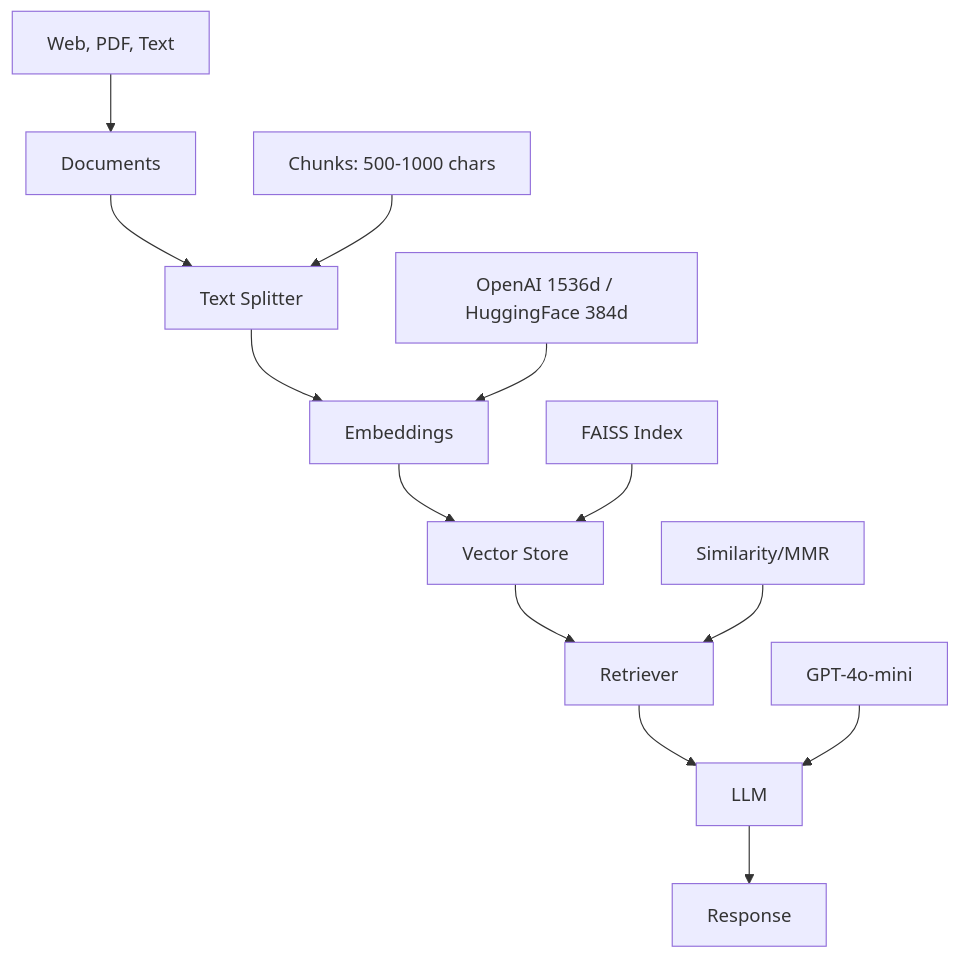
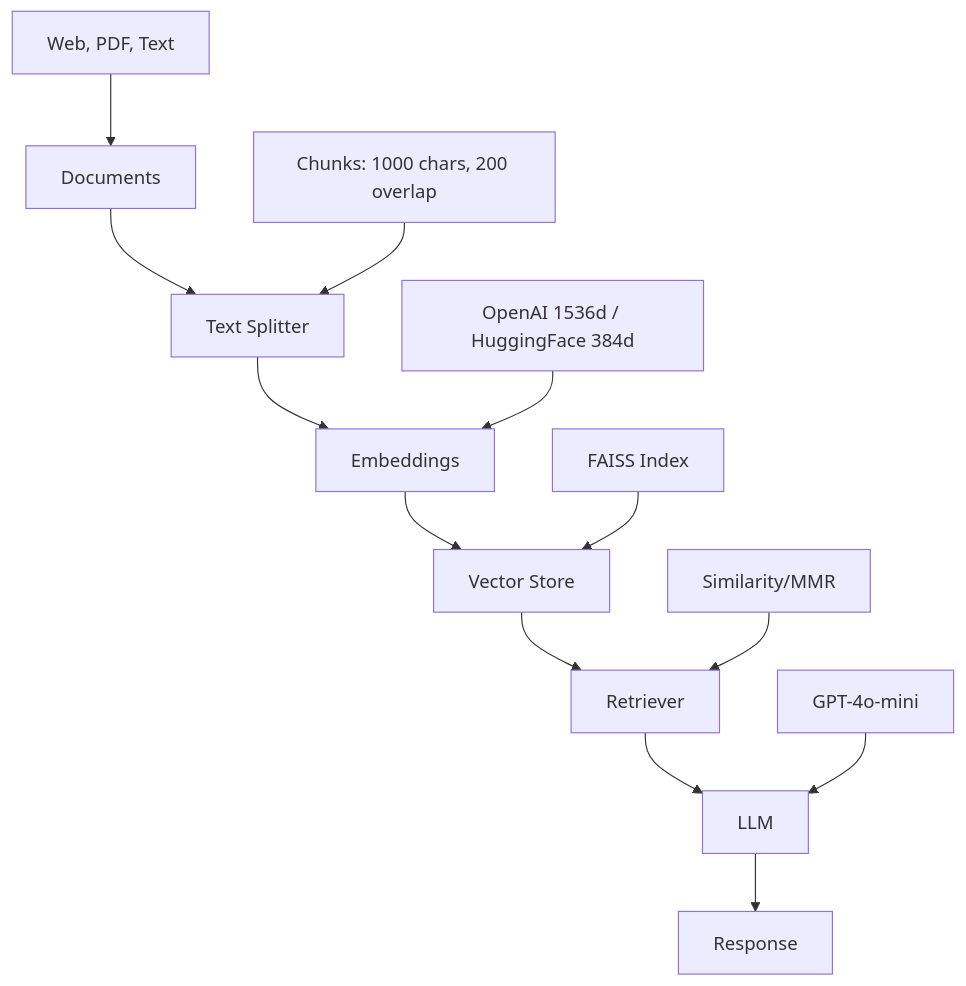
The diagram in README.md (gianlucamazza/langchain-rag-tutorial), drawn with Mermaid before and after one commit. The commit also changed other lines of this file, not shown here.

````diff
--- a/README.md
+++ b/README.md
@@ -32,16 +32,16 @@
 ```mermaid
 graph TD
        A[Documents] --> B[Text Splitter]
        B --> C[Embeddings]
        C --> D[Vector Store]
        D --> E[Retriever]
        E --> F[LLM]
        F --> G[Response]
        
        A1[Web, PDF, Text] --> A
-       B1[Chunks: 500-1000 chars] --> B
+       B1[Chunks: 1000 chars, 200 overlap] --> B
        C1[OpenAI 1536d / HuggingFace 384d] --> C
        D1[FAISS Index] --> D
        E1[Similarity/MMR] --> E
        F1[GPT-4o-mini] --> F
 ```
````
